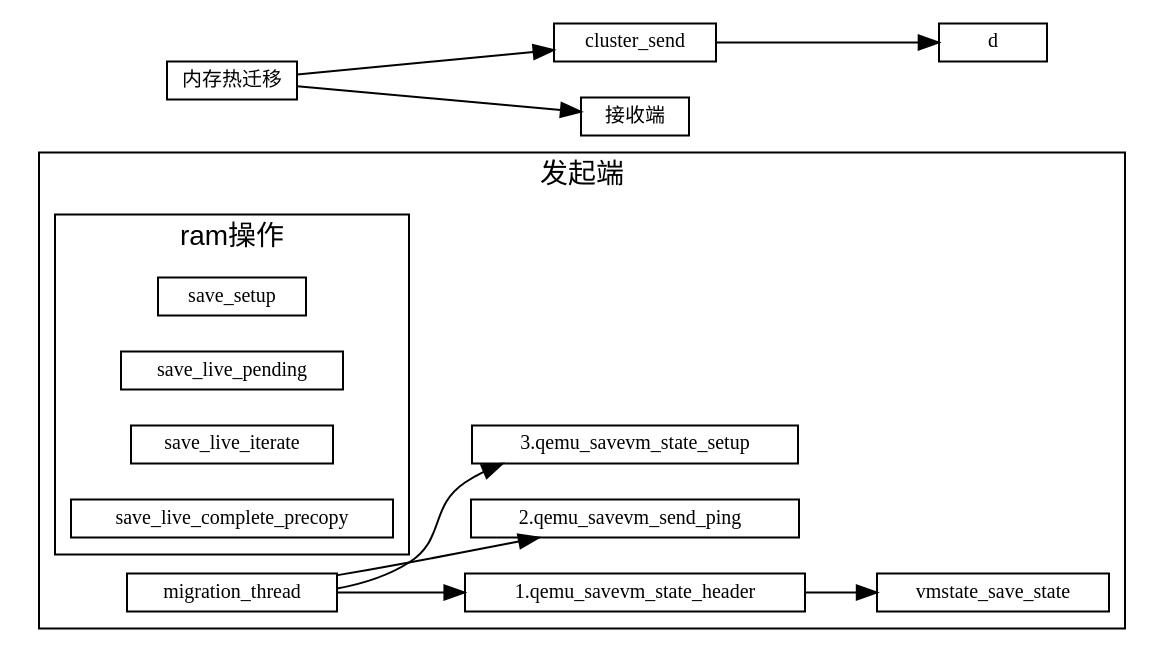
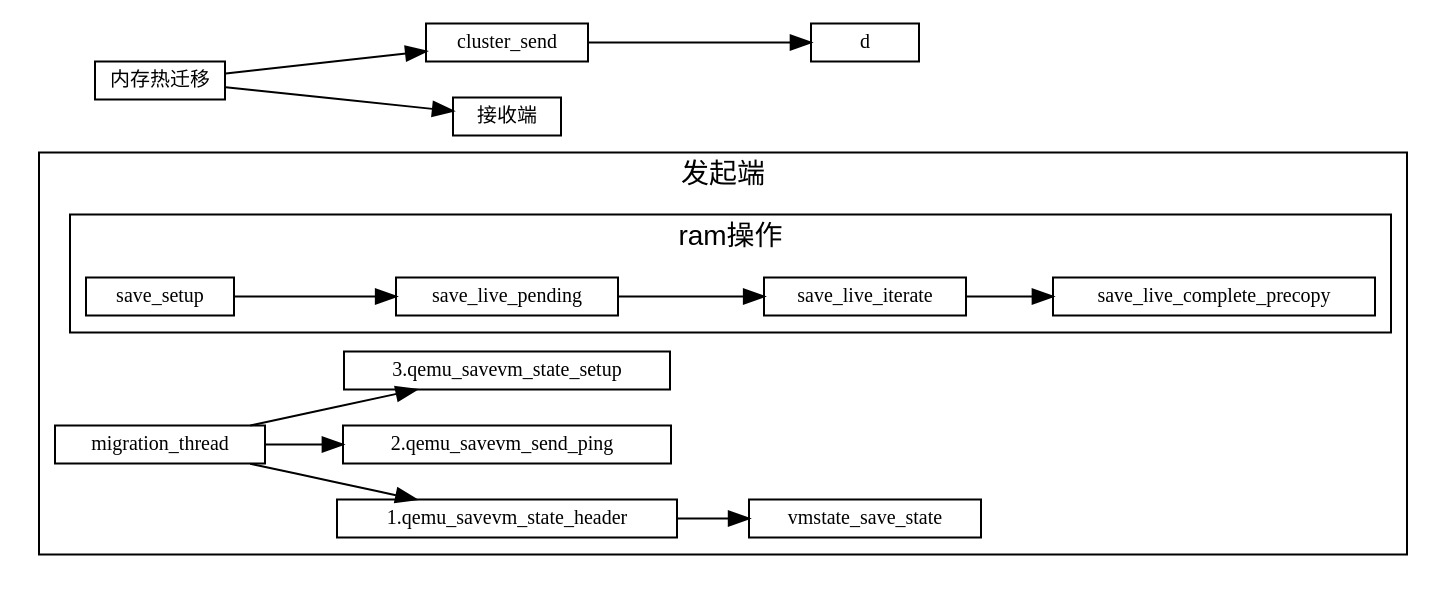
One commit to sisyphus1212/note changed the diagram in 虚拟化/热迁移/1-内存热迁移.md. Above: the diagram before and after it, drawn with Graphviz.

Commit message:
auto_update

````diff
--- a/虚拟化/热迁移/1-内存热迁移.md
+++ b/虚拟化/热迁移/1-内存热迁移.md
@@ -11,32 +11,32 @@
 ```graphviz
 digraph 热迁移 {
 fontname="Helvetica,Arial,sans-serif"
 //node [fontname="Helvetica,Arial,sans-serif"]
 //edge [fontname="Helvetica,Arial,sans-serif"]
 rankdir="LR"
 node [fontsize=10, shape=box, height=0.25]
 edge [fontsize=10]
 
   subgraph send {
     cluster=true;
     label="发起端";
     migration_thread -> "1.qemu_savevm_state_header" -> vmstate_save_state;
     migration_thread -> "2.qemu_savevm_send_ping  ";
     migration_thread -> "3.qemu_savevm_state_setup";
     subgraph ram_opts {
       cluster=true;
       label="ram操作";
-      save_setup
-      save_live_pending
-      save_live_iterate
+      save_setup ->
+      save_live_pending ->
+      save_live_iterate ->
       save_live_complete_precopy
     }
   }
 
 内存热迁移 [label="内存热迁移"]
 内存热迁移 -> cluster_send
            -> d
 
 内存热迁移 -> 接收端
 }
 ```
````
